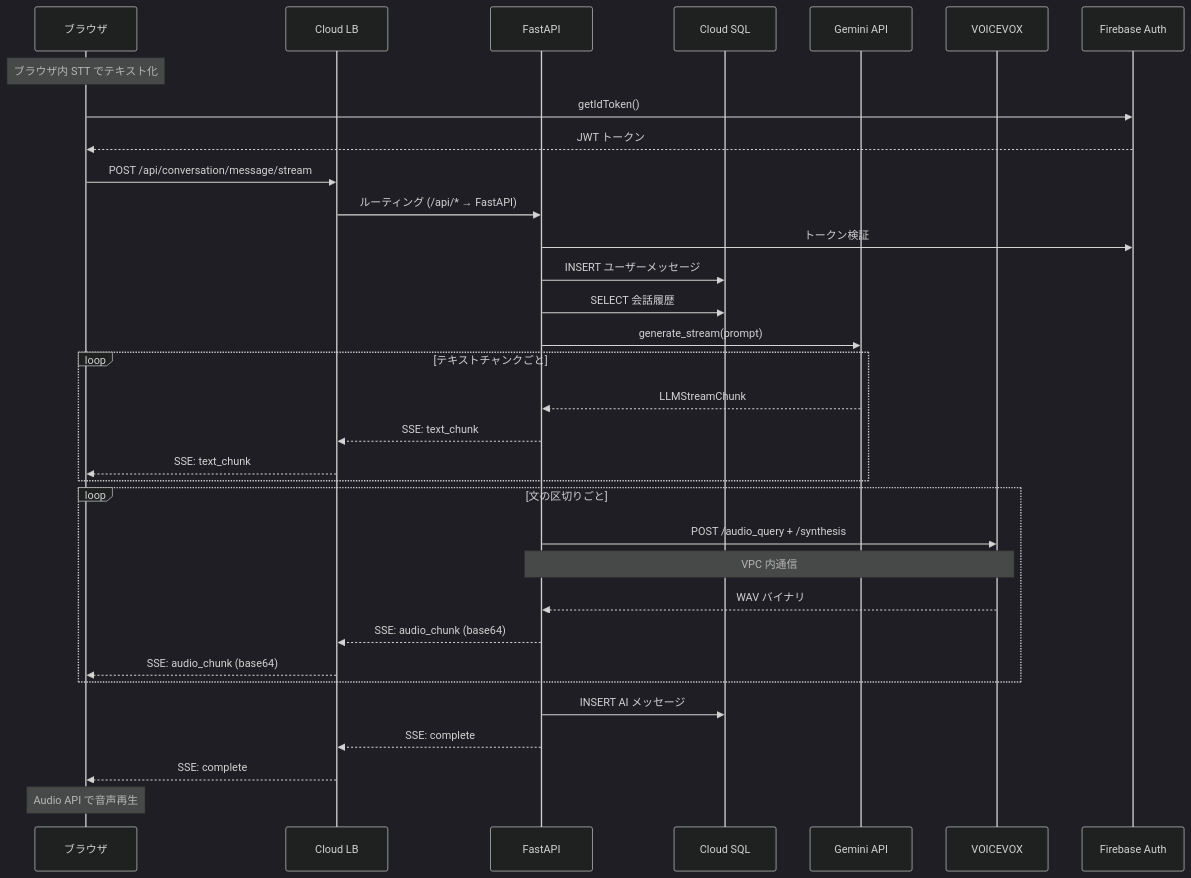
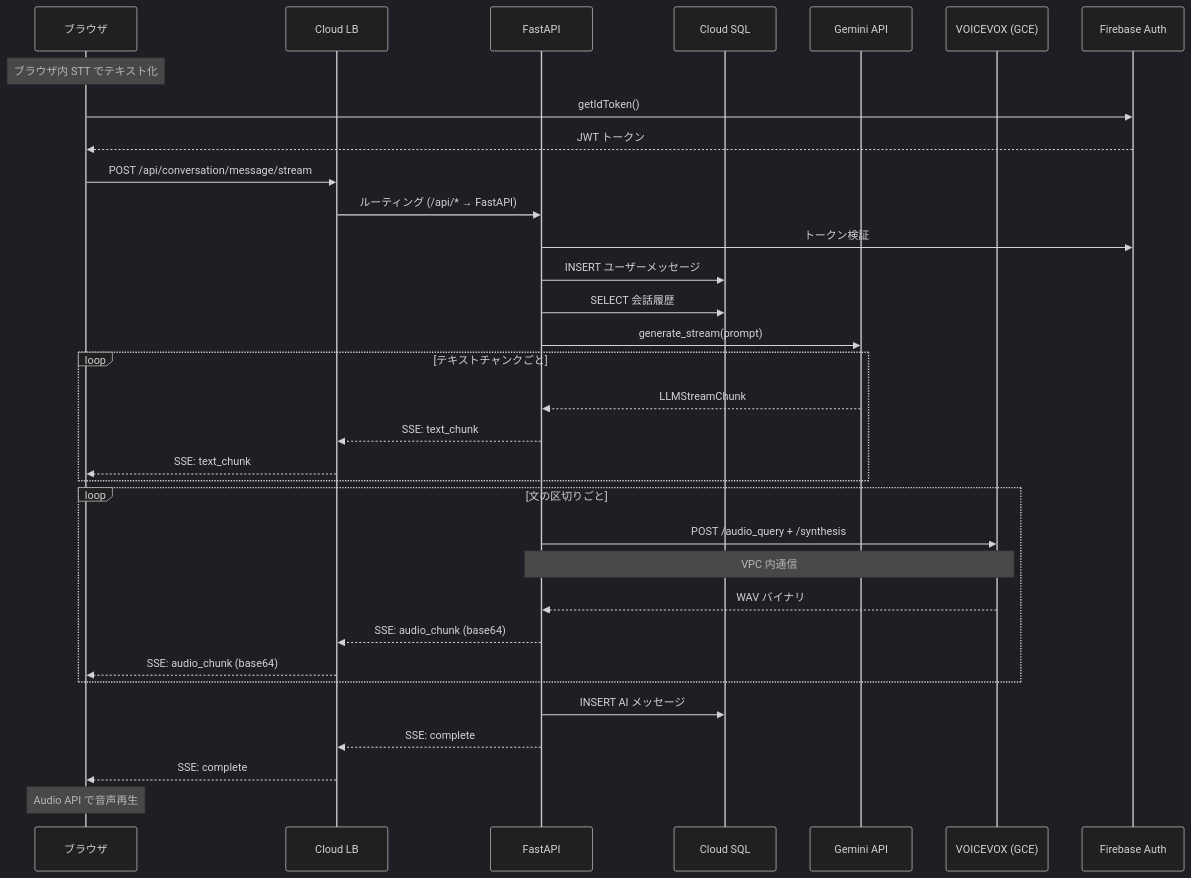
Before and after one commit to yudai3141/AudienceRoom: the second of 2 diagrams in docs/cloud/phase1_initial.md, drawn with Mermaid (dark theme). The commit also changed other lines of this file and 3 other files, not shown here.

First line of the commit message:
docs: move VOICEVOX to GCE and add deploy guide

````diff
--- a/docs/cloud/phase1_initial.md
+++ b/docs/cloud/phase1_initial.md
@@ -73,42 +75,42 @@
 ```mermaid
 sequenceDiagram
     participant B as ブラウザ
     participant LB as Cloud LB
     participant BE as FastAPI
     participant DB as Cloud SQL
     participant LLM as Gemini API
-    participant VV as VOICEVOX
+    participant VV as VOICEVOX (GCE)
     participant FA as Firebase Auth
 
     Note over B: ブラウザ内 STT でテキスト化
 
     B->>FA: getIdToken()
     FA-->>B: JWT トークン
 
     B->>LB: POST /api/conversation/message/stream
     LB->>BE: ルーティング (/api/* → FastAPI)
     BE->>FA: トークン検証
     BE->>DB: INSERT ユーザーメッセージ
     BE->>DB: SELECT 会話履歴
 
     BE->>LLM: generate_stream(prompt)
     loop テキストチャンクごと
         LLM-->>BE: LLMStreamChunk
         BE-->>LB: SSE: text_chunk
         LB-->>B: SSE: text_chunk
     end
 
     loop 文の区切りごと
         BE->>VV: POST /audio_query + /synthesis
         Note over BE,VV: VPC 内通信
         VV-->>BE: WAV バイナリ
         BE-->>LB: SSE: audio_chunk (base64)
         LB-->>B: SSE: audio_chunk (base64)
     end
 
     BE->>DB: INSERT AI メッセージ
     BE-->>LB: SSE: complete
     LB-->>B: SSE: complete
 
     Note over B: Audio API で音声再生
 ```
````
